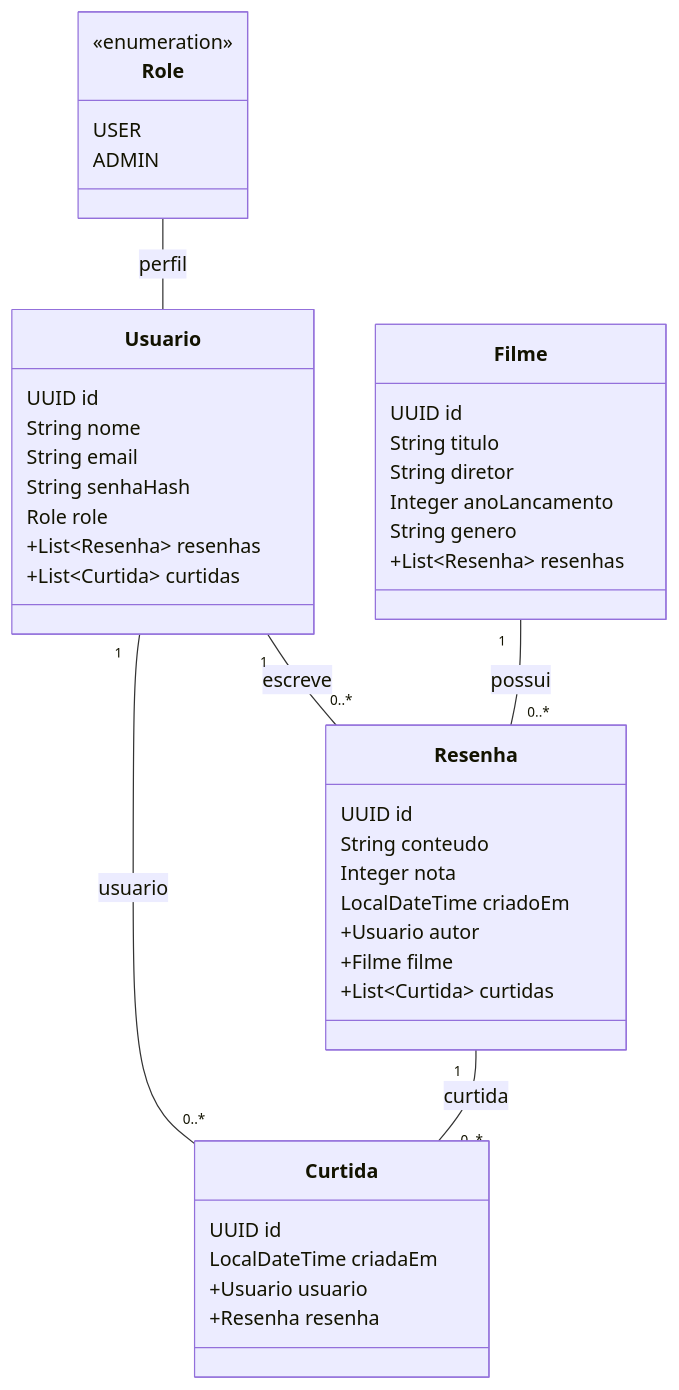
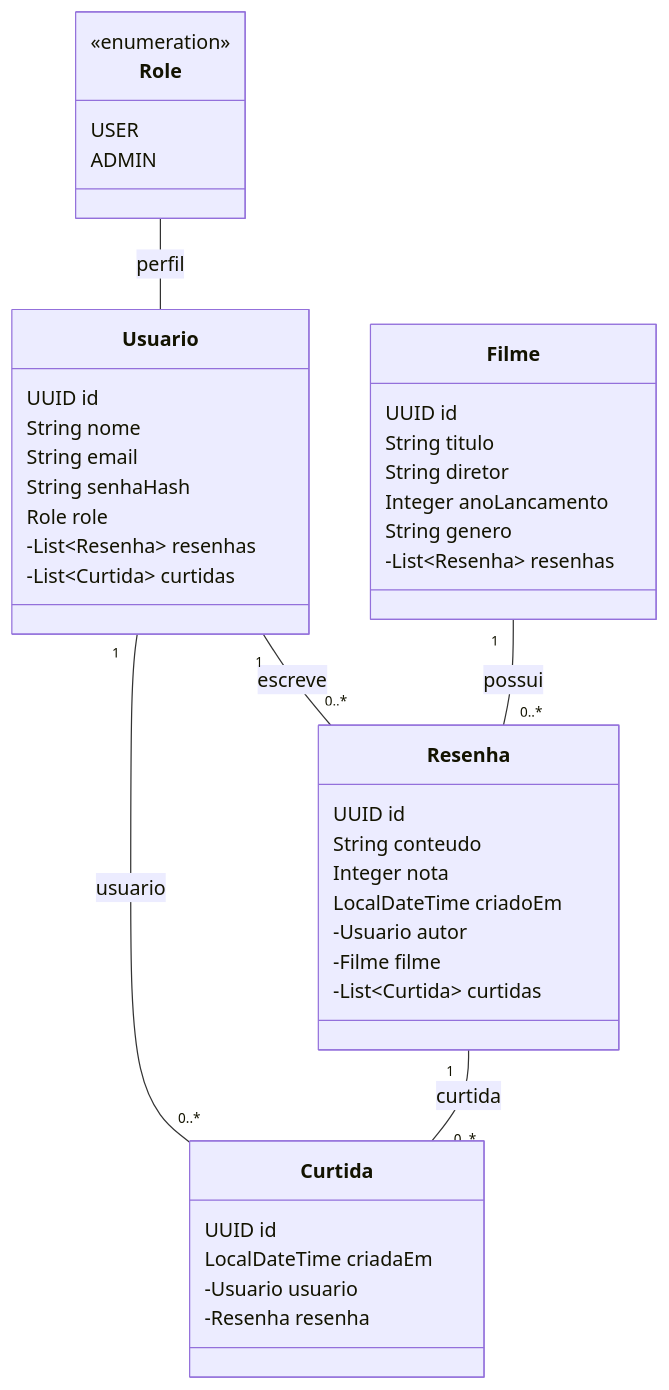
One commit to Kelvin-de-Oliveira/filme-note changed the diagram in README.md. Above: the diagram before and after it, drawn with Mermaid.

Commit message:
docs: arrumando diagrama de classes

````diff
--- a/README.md
+++ b/README.md
@@ -11,50 +11,50 @@
 ```mermaid
 classDiagram
     class Usuario {
         UUID id
         String nome
         String email
         String senhaHash
         Role role
-        +List~Resenha~ resenhas
-        +List~Curtida~ curtidas
+        -List~Resenha~ resenhas
+        -List~Curtida~ curtidas
     }
 
     class Filme {
         UUID id
         String titulo
         String diretor
         Integer anoLancamento
         String genero
-        +List~Resenha~ resenhas
+        -List~Resenha~ resenhas
     }
 
     class Resenha {
         UUID id
         String conteudo
         Integer nota
         LocalDateTime criadoEm
-        +Usuario autor
-        +Filme filme
-        +List~Curtida~ curtidas
+        -Usuario autor
+        -Filme filme
+        -List~Curtida~ curtidas
     }
 
     class Curtida {
         UUID id
         LocalDateTime criadaEm
-        +Usuario usuario
-        +Resenha resenha
+        -Usuario usuario
+        -Resenha resenha
     }
 
     class Role {
         <<enumeration>>
         USER
         ADMIN
     }
 
     Usuario "1" -- "0..*" Resenha : escreve
     Usuario "1" -- "0..*" Curtida : usuario
     Filme "1" -- "0..*" Resenha : possui
     Resenha "1" -- "0..*" Curtida : curtida
     Role  --  Usuario : perfil
 ```
````
